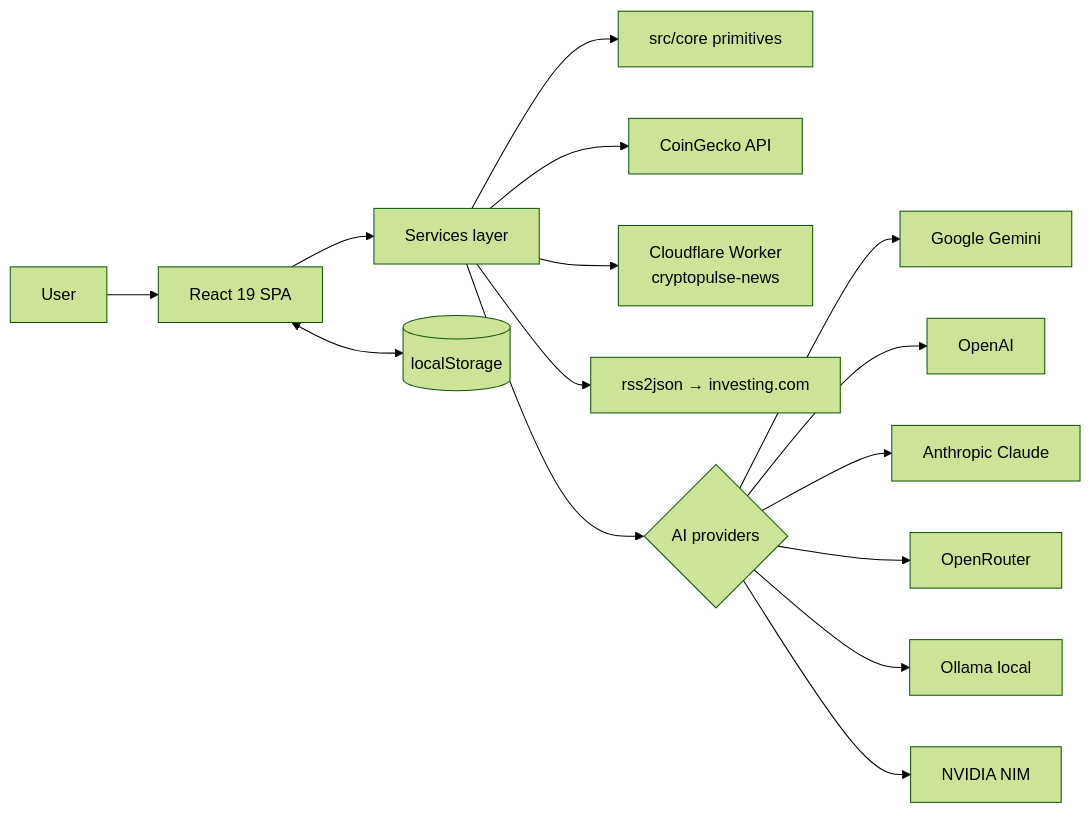
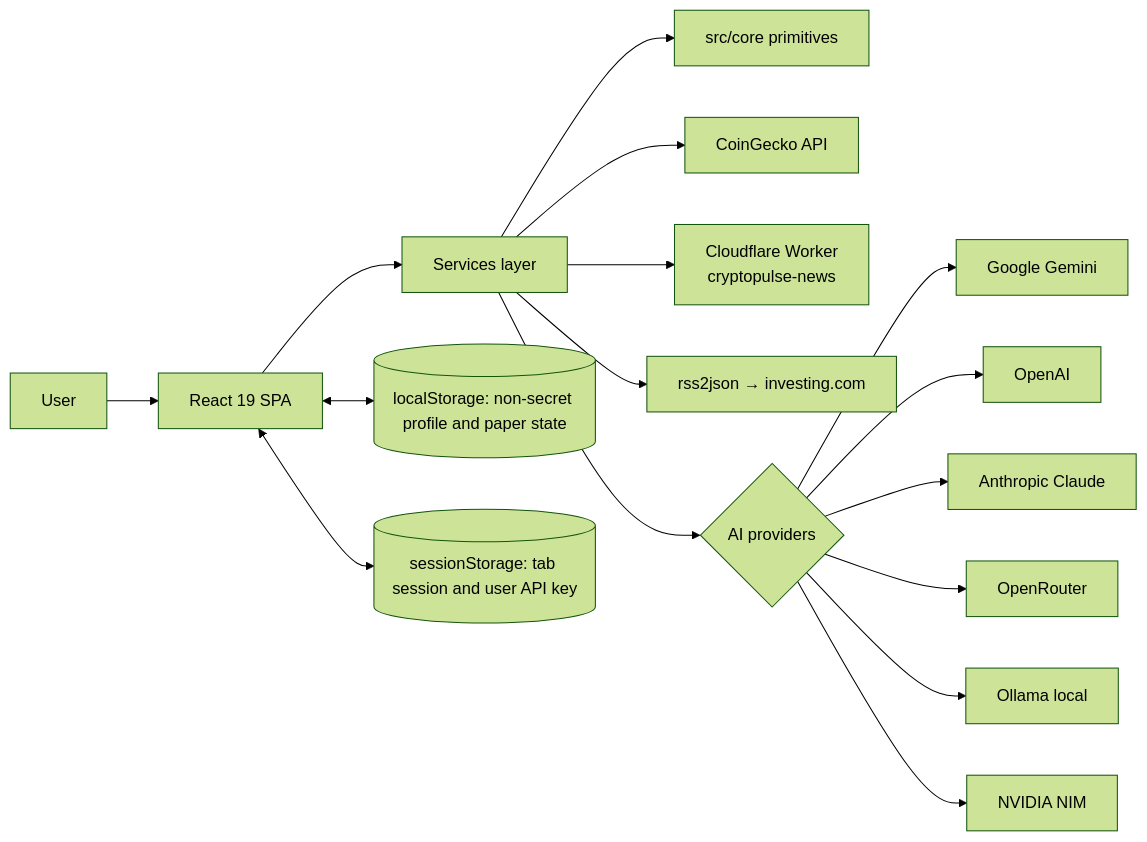
Before and after one commit to PavelHopson/CryptoPulse: the first of 4 diagrams in ARCHITECTURE.md, drawn with Mermaid (forest theme). The commit also changed other lines of this file and 9 other files, not shown here.

````diff
--- a/ARCHITECTURE.md
+++ b/ARCHITECTURE.md
@@ -11,20 +11,21 @@
 ```mermaid
 flowchart LR
     U[User] --> UI[React 19 SPA]
     UI --> Services[Services layer]
     Services --> Core[src/core primitives]
 
     Services --> CoinGecko[CoinGecko API]
     Services --> CFW[Cloudflare Worker<br/>cryptopulse-news]
     Services --> RSS[rss2json → investing.com]
     Services --> AI{AI providers}
 
     AI --> Gemini[Google Gemini]
     AI --> OpenAI[OpenAI]
     AI --> Anthropic[Anthropic Claude]
     AI --> OpenRouter[OpenRouter]
     AI --> Ollama[Ollama local]
     AI --> NVIDIA[NVIDIA NIM]
 
-    UI <--> LS[(localStorage)]
+    UI <--> LS[(localStorage: non-secret profile and paper state)]
+    UI <--> SS[(sessionStorage: tab session and user API key)]
 ```
````
